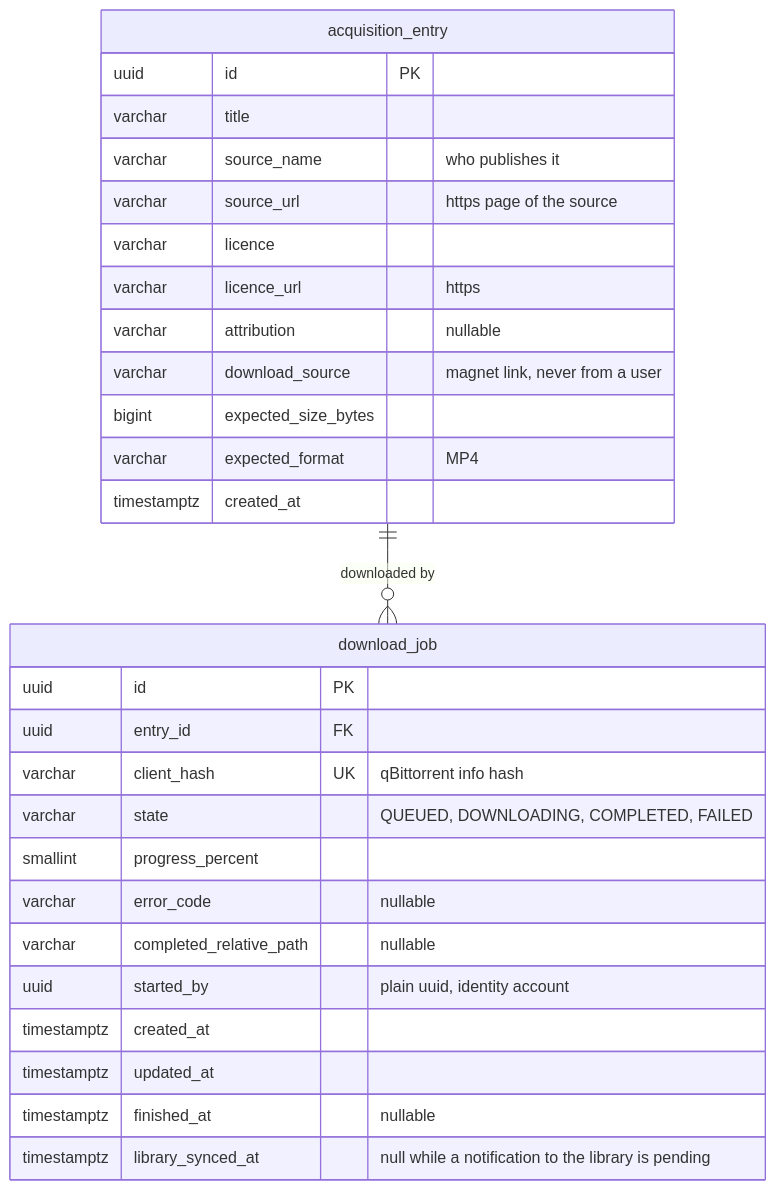
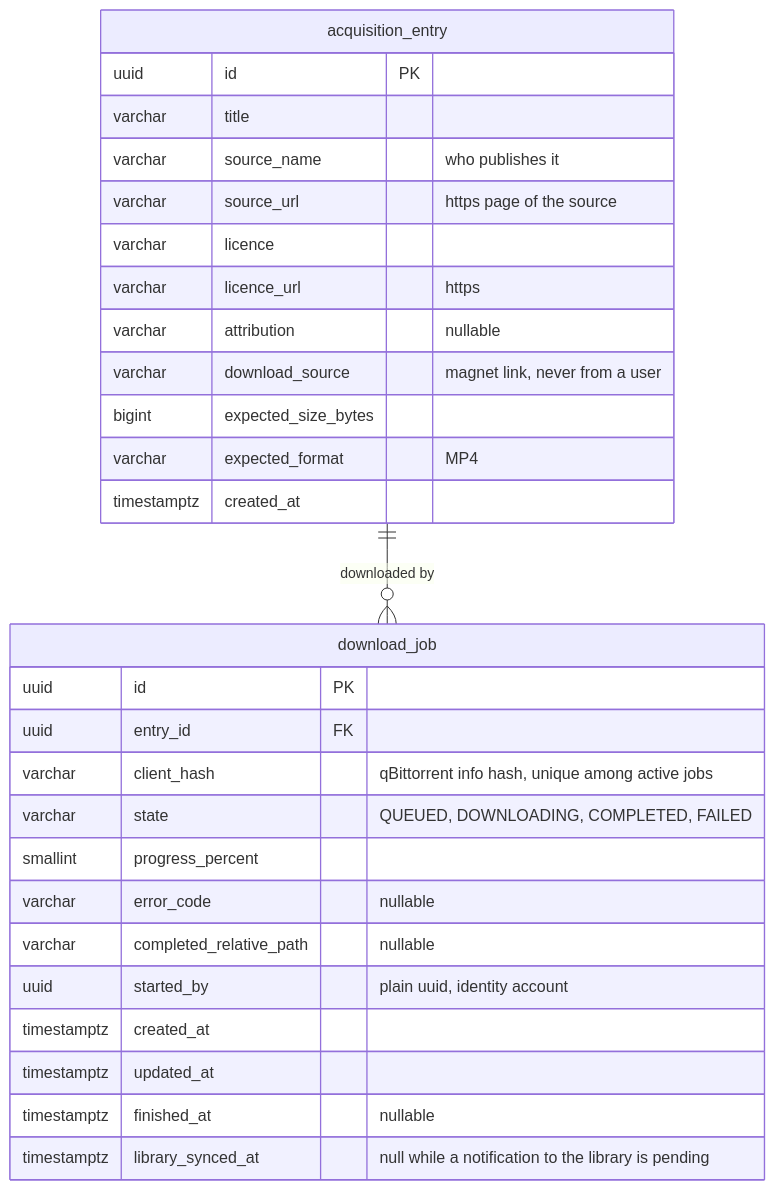
One commit to ClaymeCall/holbertonschool-homeflix-project changed the third of 3 diagrams in docs/architecture/data-model.md. Above: the diagram before and after it, drawn with Mermaid. The commit also changed other lines of this file and 26 other files, not shown here.

````diff
--- a/docs/architecture/data-model.md
+++ b/docs/architecture/data-model.md
@@ -155,32 +155,32 @@
 ```mermaid
 erDiagram
     acquisition_entry ||--o{ download_job : "downloaded by"
 
     acquisition_entry {
         uuid id PK
         varchar title
         varchar source_name "who publishes it"
         varchar source_url "https page of the source"
         varchar licence
         varchar licence_url "https"
         varchar attribution "nullable"
         varchar download_source "magnet link, never from a user"
         bigint expected_size_bytes
         varchar expected_format "MP4"
         timestamptz created_at
     }
     download_job {
         uuid id PK
         uuid entry_id FK
-        varchar client_hash UK "qBittorrent info hash"
+        varchar client_hash "qBittorrent info hash, unique among active jobs"
         varchar state "QUEUED, DOWNLOADING, COMPLETED, FAILED"
         smallint progress_percent
         varchar error_code "nullable"
         varchar completed_relative_path "nullable"
         uuid started_by "plain uuid, identity account"
         timestamptz created_at
         timestamptz updated_at
         timestamptz finished_at "nullable"
         timestamptz library_synced_at "null while a notification to the library is pending"
     }
 ```
````
